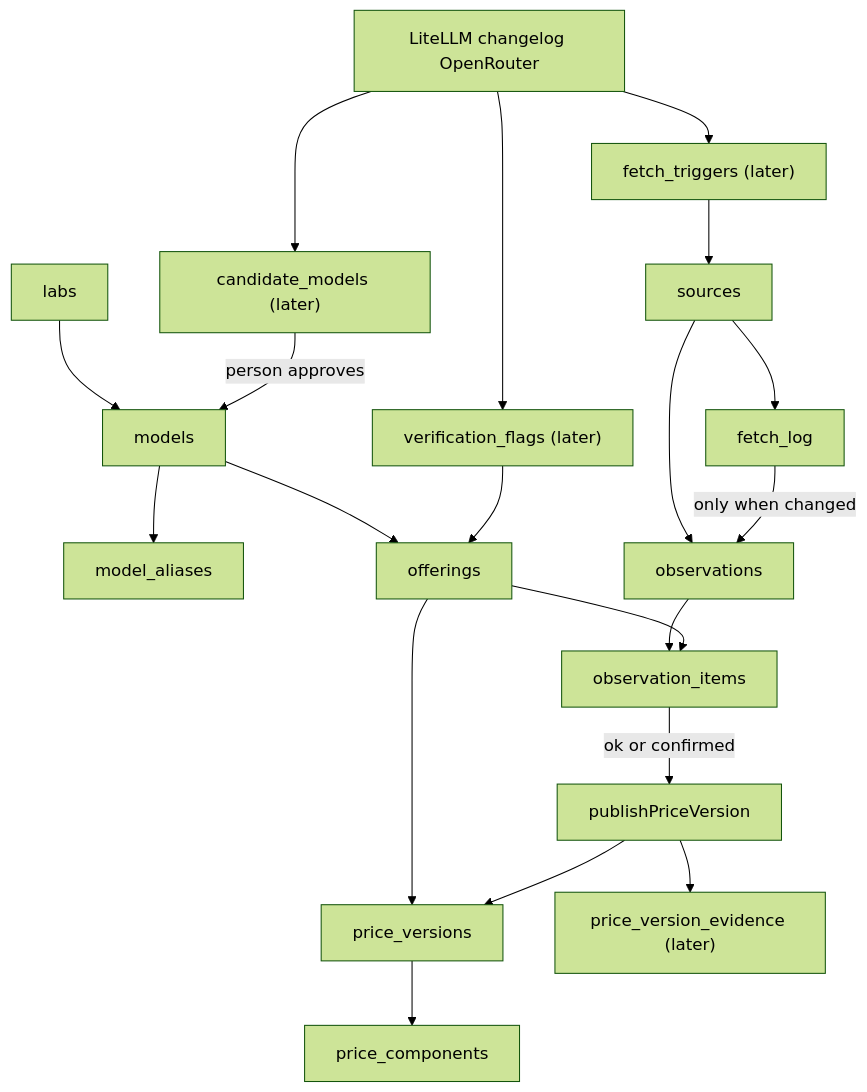
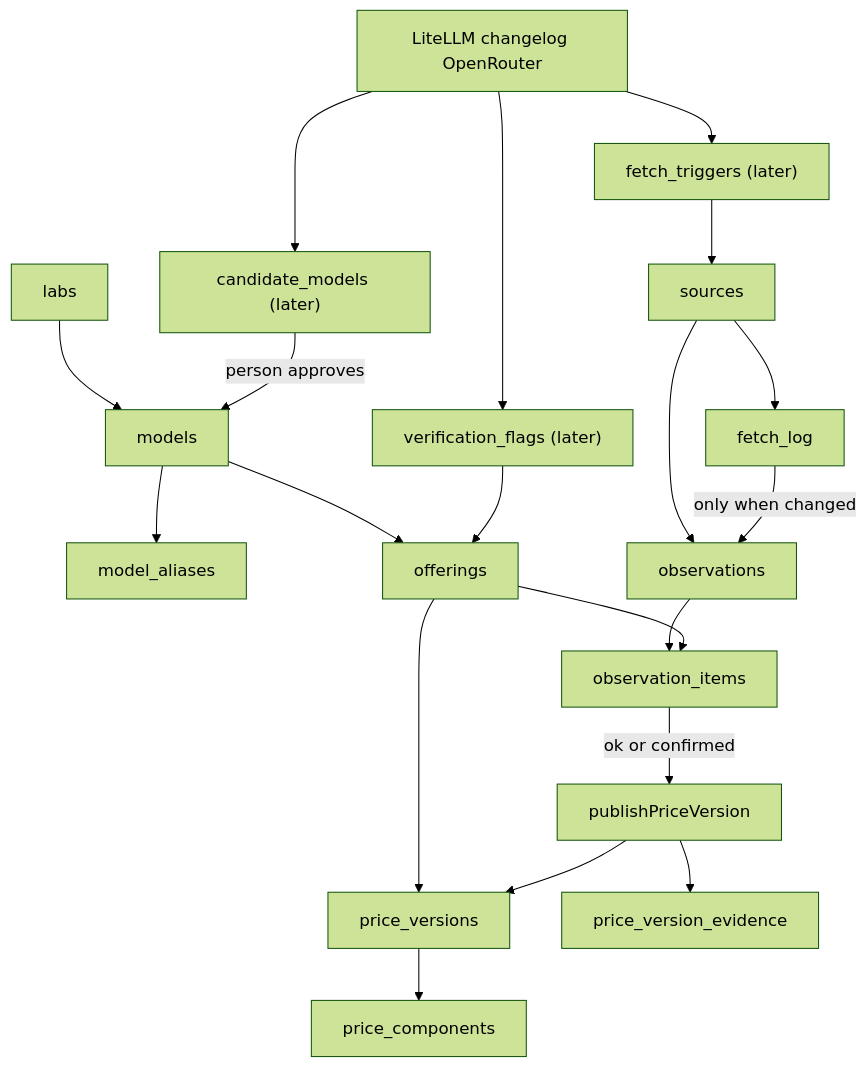
Before and after one commit to theidlebranch/priceTrail: the third of 3 diagrams in docs/architecture.md, drawn with Mermaid (forest theme). The commit also changed other lines of this file and 19 other files, not shown here.

````diff
--- a/docs/architecture.md
+++ b/docs/architecture.md
@@ -67,24 +67,24 @@
 ```mermaid
 flowchart TD
   labs --> models
   models --> model_aliases
   models --> offerings
   offerings --> price_versions
   price_versions --> price_components
 
   sources --> fetch_log
   sources --> observations
   fetch_log -->|"only when changed"| observations
   observations --> observation_items
   offerings --> observation_items
   observation_items -->|"ok or confirmed"| publishPriceVersion
   publishPriceVersion --> price_versions
-  publishPriceVersion --> price_version_evidence_later["price_version_evidence (later)"]
+  publishPriceVersion --> price_version_evidence
 
   witnesses[LiteLLM changelog OpenRouter] --> fetch_triggers_later["fetch_triggers (later)"]
   witnesses --> candidate_models_later["candidate_models (later)"]
   witnesses --> verification_flags_later["verification_flags (later)"]
   fetch_triggers_later --> sources
   candidate_models_later -->|"person approves"| models
   verification_flags_later --> offerings
 ```
````
